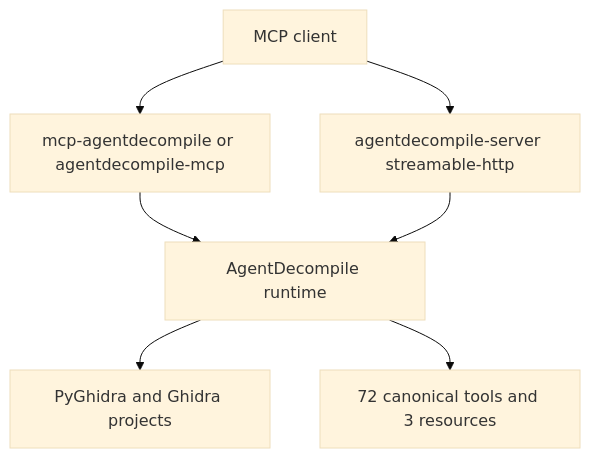
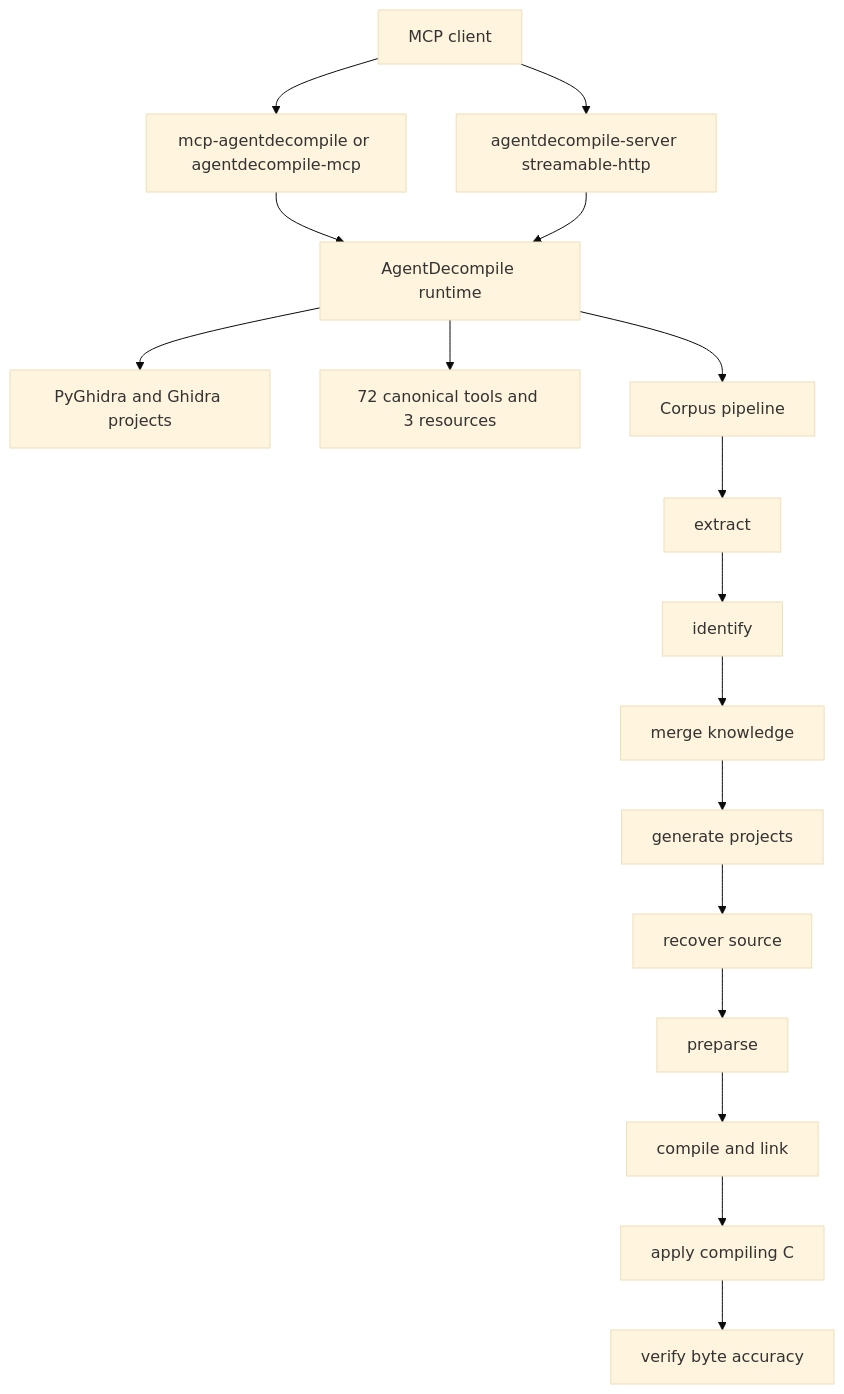
Before and after one commit to bolabaden/AgentDecompile: the first of 4 diagrams in README.md, drawn with Mermaid (base theme). The commit also changed other lines of this file and 49 other files, not shown here.

First line of the commit message:
feat(recovery): land corpus pipeline and auditable prompt context (#190)

````diff
--- a/README.md
+++ b/README.md
@@ -11,9 +11,19 @@
 ```mermaid
 flowchart TD
   A[MCP client] --> B[mcp-agentdecompile or agentdecompile-mcp]
   A --> C[agentdecompile-server streamable-http]
   B --> D[AgentDecompile runtime]
   C --> D
   D --> E[PyGhidra and Ghidra projects]
   D --> F[72 canonical tools and 3 resources]
+  D --> G[Corpus pipeline]
+  G --> H[extract]
+  H --> I[identify]
+  I --> J[merge knowledge]
+  J --> K[generate projects]
+  K --> L[recover source]
+  L --> P[preparse]
+  P --> N[compile and link]
+  N --> M[apply compiling C]
+  M --> O[verify byte accuracy]
 ```
````
